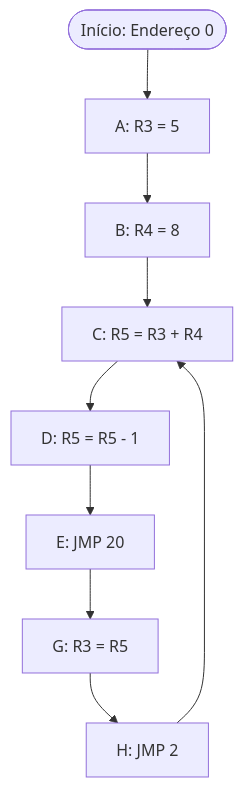
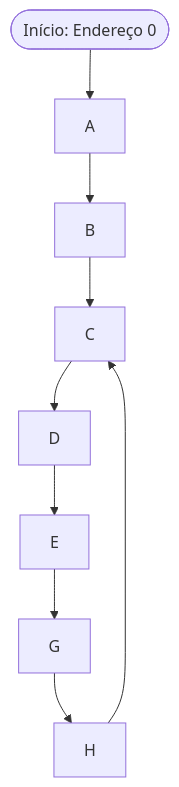
The diagram in PROGRAM_CALC/README.md (ediasv/arq-comp), drawn with Mermaid before and after one commit.

Commit message:
att readme

````diff
--- a/PROGRAM_CALC/README.md
+++ b/PROGRAM_CALC/README.md
@@ -108,11 +108,11 @@
 ```mermaid
 graph TD
     Start([Início: Endereço 0]) --> A
-    A[A: R3 = 5] --> B[B: R4 = 8]
-    B --> C[C: R5 = R3 + R4]
-    C --> D[D: R5 = R5 - 1]
-    D --> E[E: JMP 20]
-    E --> G[G: R3 = R5]
-    G --> H[H: JMP 2]
+    A[A] --> B[B]
+    B --> C[C]
+    C --> D[D]
+    D --> E[E]
+    E --> G[G]
+    G --> H[H]
     H --> C
 ```
````
